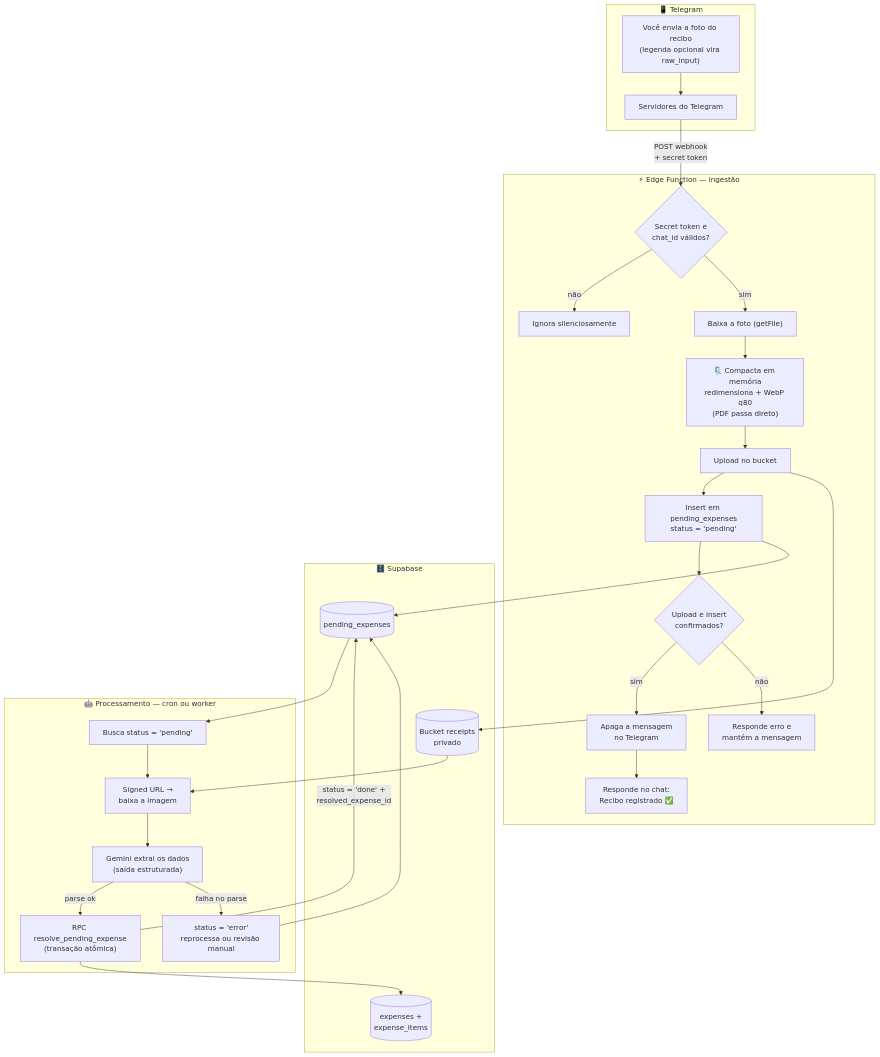
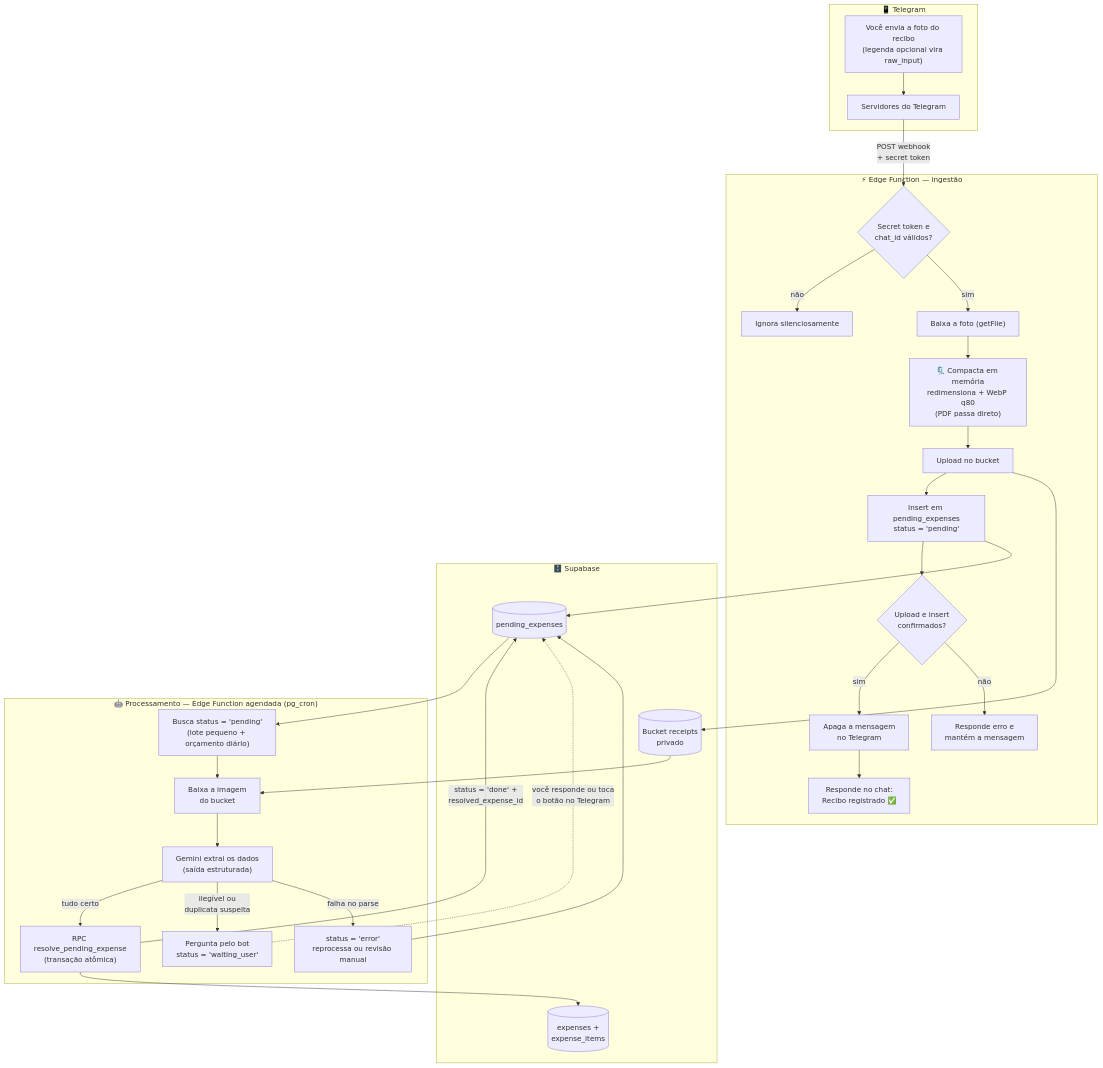
One commit to Seixu-Arapy/moneta changed the second of 2 diagrams in docs/pipeline-ia-recibos.md. Above: the diagram before and after it, drawn with Mermaid. The commit also changed other lines of this file and 8 other files, not shown here.

First line of the commit message:
Add scheduled Gemini worker and Telegram question loop

````diff
--- a/docs/pipeline-ia-recibos.md
+++ b/docs/pipeline-ia-recibos.md
@@ -222,42 +223,44 @@
 ```mermaid
 flowchart TD
     subgraph TG["📱 Telegram"]
         A["Você envia a foto do recibo<br/>(legenda opcional vira raw_input)"] --> B["Servidores do Telegram"]
     end
 
     B -->|"POST webhook<br/>+ secret token"| C
 
     subgraph EF["⚡ Edge Function — ingestão"]
         C{"Secret token e<br/>chat_id válidos?"} -->|"não"| X["Ignora silenciosamente"]
         C -->|"sim"| D["Baixa a foto (getFile)"]
         D --> E["🗜️ Compacta em memória<br/>redimensiona + WebP q80<br/>(PDF passa direto)"]
         E --> F["Upload no bucket"]
         F --> G["Insert em pending_expenses<br/>status = 'pending'"]
         G --> H{"Upload e insert<br/>confirmados?"}
         H -->|"sim"| I["Apaga a mensagem<br/>no Telegram"]
         I --> J["Responde no chat:<br/>Recibo registrado ✅"]
         H -->|"não"| K["Responde erro e<br/>mantém a mensagem"]
     end
 
     subgraph SB["🗄️ Supabase"]
         L[("Bucket receipts<br/>privado")]
         M[("pending_expenses")]
         N[("expenses +<br/>expense_items")]
     end
 
     F --> L
     G --> M
 
-    subgraph PR["🤖 Processamento — cron ou worker"]
-        O["Busca status = 'pending'"] --> P["Signed URL →<br/>baixa a imagem"]
+    subgraph PR["🤖 Processamento — Edge Function agendada (pg_cron)"]
+        O["Busca status = 'pending'<br/>(lote pequeno + orçamento diário)"] --> P["Baixa a imagem<br/>do bucket"]
         P --> Q["Gemini extrai os dados<br/>(saída estruturada)"]
-        Q -->|"parse ok"| R["RPC resolve_pending_expense<br/>(transação atômica)"]
+        Q -->|"tudo certo"| R["RPC resolve_pending_expense<br/>(transação atômica)"]
+        Q -->|"ilegível ou<br/>duplicata suspeita"| T["Pergunta pelo bot<br/>status = 'waiting_user'"]
         Q -->|"falha no parse"| S["status = 'error'<br/>reprocessa ou revisão manual"]
     end
 
     M --> O
     L --> P
     R --> N
     R -->|"status = 'done' +<br/>resolved_expense_id"| M
     S --> M
+    T -.->|"você responde ou toca<br/>o botão no Telegram"| M
 ```
````
